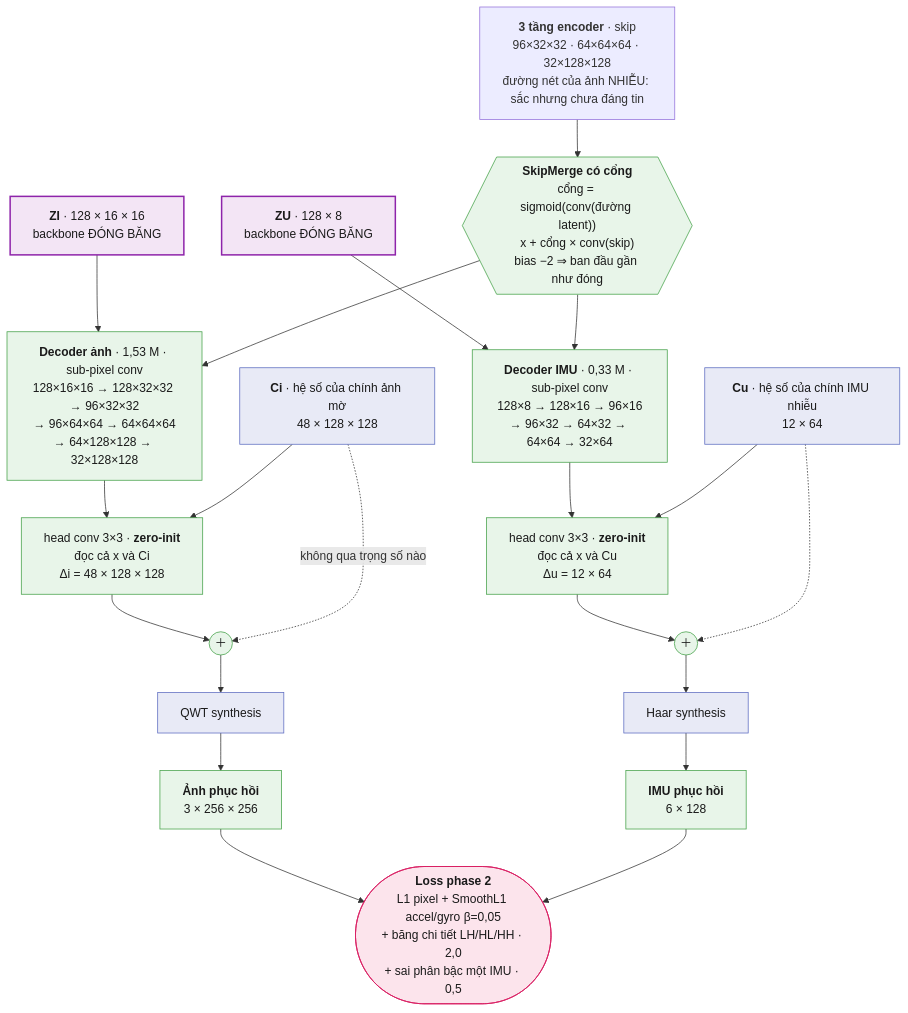
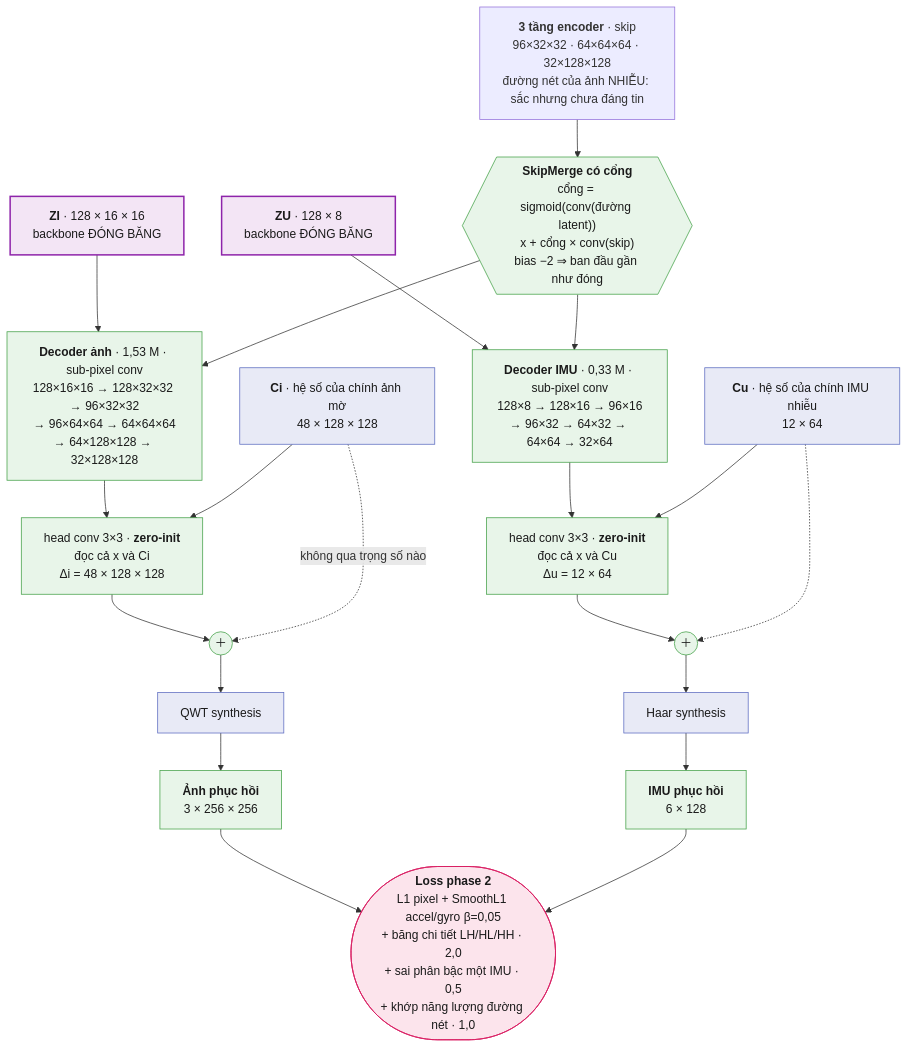
Before and after one commit to leesanghyoek/qwt_jepa_ver3: the fourth of 4 diagrams in README.md, drawn with Mermaid. The commit also changed 8 other files, not shown here.

````diff
--- a/README.md
+++ b/README.md
@@ -126,39 +126,39 @@
 ```mermaid
 flowchart TB
     ZI["<b>ZI</b> · 128 × 16 × 16<br/>backbone ĐÓNG BĂNG"]
     ZU["<b>ZU</b> · 128 × 8<br/>backbone ĐÓNG BĂNG"]
     DI["<b>Decoder ảnh</b> · 1,53 M · sub-pixel conv<br/>128×16×16 → 128×32×32 → 96×32×32<br/>→ 96×64×64 → 64×64×64<br/>→ 64×128×128 → 32×128×128"]
     DU["<b>Decoder IMU</b> · 0,33 M · sub-pixel conv<br/>128×8 → 128×16 → 96×16<br/>→ 96×32 → 64×32 → 64×64 → 32×64"]
     HI["head conv 3×3 · <b>zero-init</b><br/>đọc cả x và Ci<br/>Δi = 48 × 128 × 128"]
     HU["head conv 3×3 · <b>zero-init</b><br/>đọc cả x và Cu<br/>Δu = 12 × 64"]
     CI["<b>Ci</b> · hệ số của chính ảnh mờ<br/>48 × 128 × 128"]
     CU["<b>Cu</b> · hệ số của chính IMU nhiễu<br/>12 × 64"]
     PI(("＋"))
     PU(("＋"))
     SI["QWT synthesis"]
     SU["Haar synthesis"]
     OI["<b>Ảnh phục hồi</b><br/>3 × 256 × 256"]
     OU["<b>IMU phục hồi</b><br/>6 × 128"]
-    L1(["<b>Loss phase 2</b><br/>L1 pixel + SmoothL1 accel/gyro β=0,05<br/>+ băng chi tiết LH/HL/HH · 2,0<br/>+ sai phân bậc một IMU · 0,5"])
+    L1(["<b>Loss phase 2</b><br/>L1 pixel + SmoothL1 accel/gyro β=0,05<br/>+ băng chi tiết LH/HL/HH · 2,0<br/>+ sai phân bậc một IMU · 0,5<br/>+ khớp năng lượng đường nét · 1,0"])
     SK["<b>3 tầng encoder</b> · skip<br/>96×32×32 · 64×64×64 · 32×128×128<br/>đường nét của ảnh NHIỄU: sắc nhưng chưa đáng tin"]
     GT{{"<b>SkipMerge có cổng</b><br/>cổng = sigmoid(conv(đường latent))<br/>x + cổng × conv(skip)<br/>bias −2 ⇒ ban đầu gần như đóng"}}
     ZI --> DI --> HI --> PI --> SI --> OI --> L1
     ZU --> DU --> HU --> PU --> SU --> OU --> L1
     SK --> GT
     GT --> DI
     GT --> DU
     CI -. "không qua trọng số nào" .-> PI
     CU -.-> PU
     CI --> HI
     CU --> HU
     classDef tf fill:#e8eaf6,stroke:#5c6bc0,color:#1a1a1a
     classDef lat fill:#f3e5f5,stroke:#8e24aa,stroke-width:2px,color:#1a1a1a
     classDef p2 fill:#e8f5e9,stroke:#43a047,color:#1a1a1a
     classDef loss fill:#fce4ec,stroke:#d81b60,color:#1a1a1a
     class ZI,ZU lat
     class CI,CU,SI,SU tf
     class DI,DU,HI,HU,PI,PU,OI,OU p2
     class SK bb
     class GT p2
     class L1 loss
 ```
````
